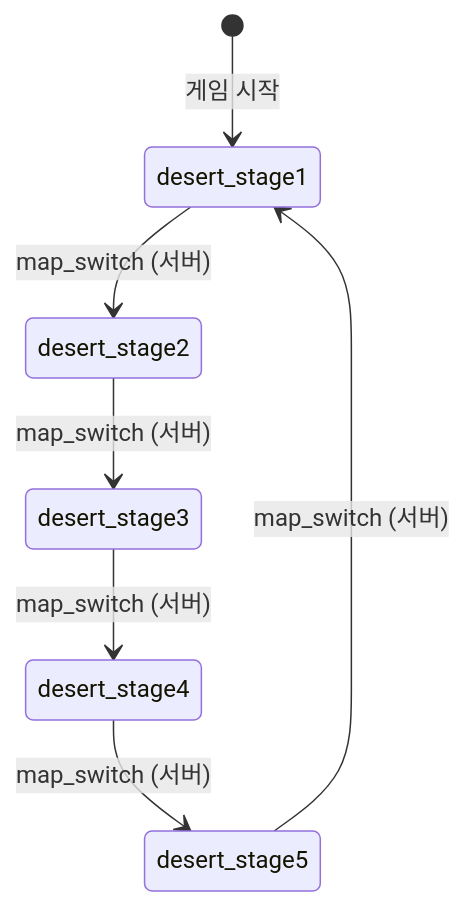
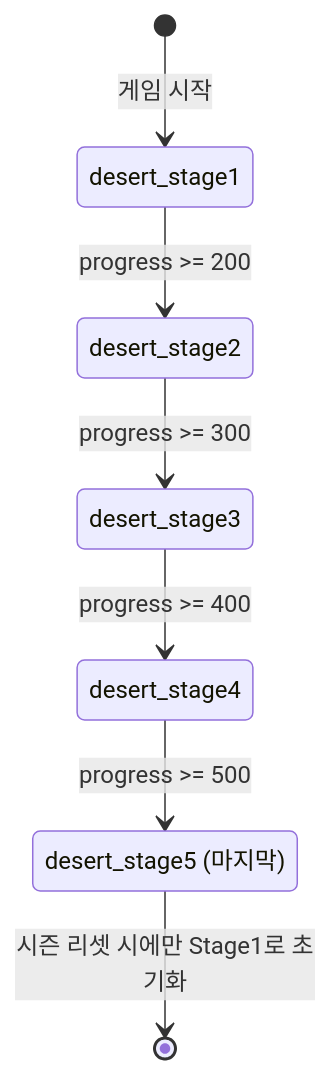
Before and after one commit to boostcampwm2025/web19-estrogenquattro: the third of 4 diagrams in docs/architecture/GAME_ENGINE.md, drawn with Mermaid. The commit also changed other lines of this file and 1 other file, not shown here.

````diff
--- a/docs/architecture/GAME_ENGINE.md
+++ b/docs/architecture/GAME_ENGINE.md
@@ -263,15 +273,15 @@
 ```mermaid
 stateDiagram-v2
     Stage1: desert_stage1
     Stage2: desert_stage2
     Stage3: desert_stage3
     Stage4: desert_stage4
-    Stage5: desert_stage5
+    Stage5: desert_stage5 (마지막)
 
     [*] --> Stage1: 게임 시작
-    Stage1 --> Stage2: map_switch (서버)
-    Stage2 --> Stage3: map_switch (서버)
-    Stage3 --> Stage4: map_switch (서버)
-    Stage4 --> Stage5: map_switch (서버)
-    Stage5 --> Stage1: map_switch (서버)
+    Stage1 --> Stage2: progress >= 200
+    Stage2 --> Stage3: progress >= 300
+    Stage3 --> Stage4: progress >= 400
+    Stage4 --> Stage5: progress >= 500
+    Stage5 --> [*]: 시즌 리셋 시에만 Stage1로 초기화
 ```
````
